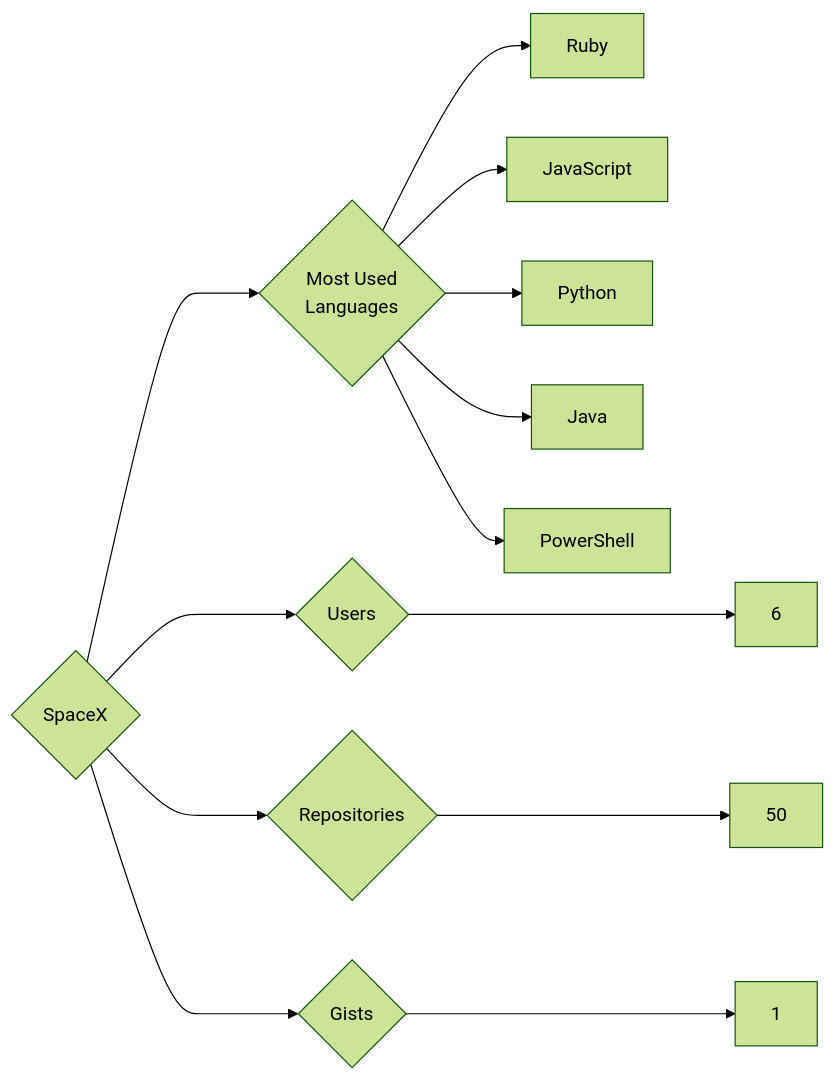
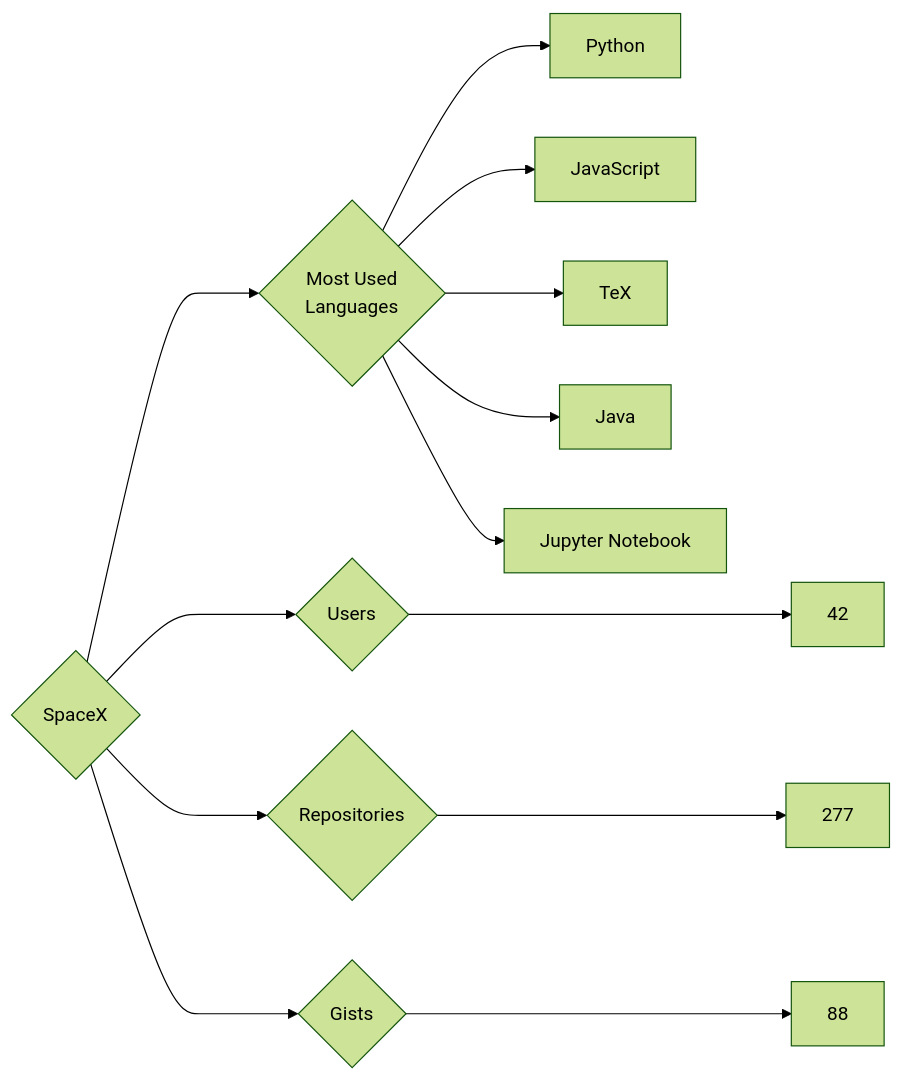
One commit to trickest/insiders changed the diagram in targets/SpaceX/README.md. Above: the diagram before and after it, drawn with Mermaid (forest theme). The commit also changed 948 other files, not shown here.

````diff
--- a/targets/SpaceX/README.md
+++ b/targets/SpaceX/README.md
@@ -3,13 +3,13 @@
 ```mermaid
 graph LR
 COMPANY_NAME{SpaceX}
-COMPANY_NAME ---> U{Users} ---> UN[6]
-COMPANY_NAME ---> R{Repositories} ---> RN[50]
-COMPANY_NAME ---> G{Gists} ---> GN[1]
+COMPANY_NAME ---> U{Users} ---> UN[42]
+COMPANY_NAME ---> R{Repositories} ---> RN[277]
+COMPANY_NAME ---> G{Gists} ---> GN[88]
 COMPANY_NAME ---> ML{Most Used<br>Languages}
-ML --> Ruby[Ruby]
+ML --> Python[Python]
 ML --> JavaScript[JavaScript]
-ML --> Python[Python]
+ML --> TeX[TeX]
 ML --> Java[Java]
-ML --> PowerShell[PowerShell]
+ML --> Jupyter_Notebook[Jupyter Notebook]
 ```
````
